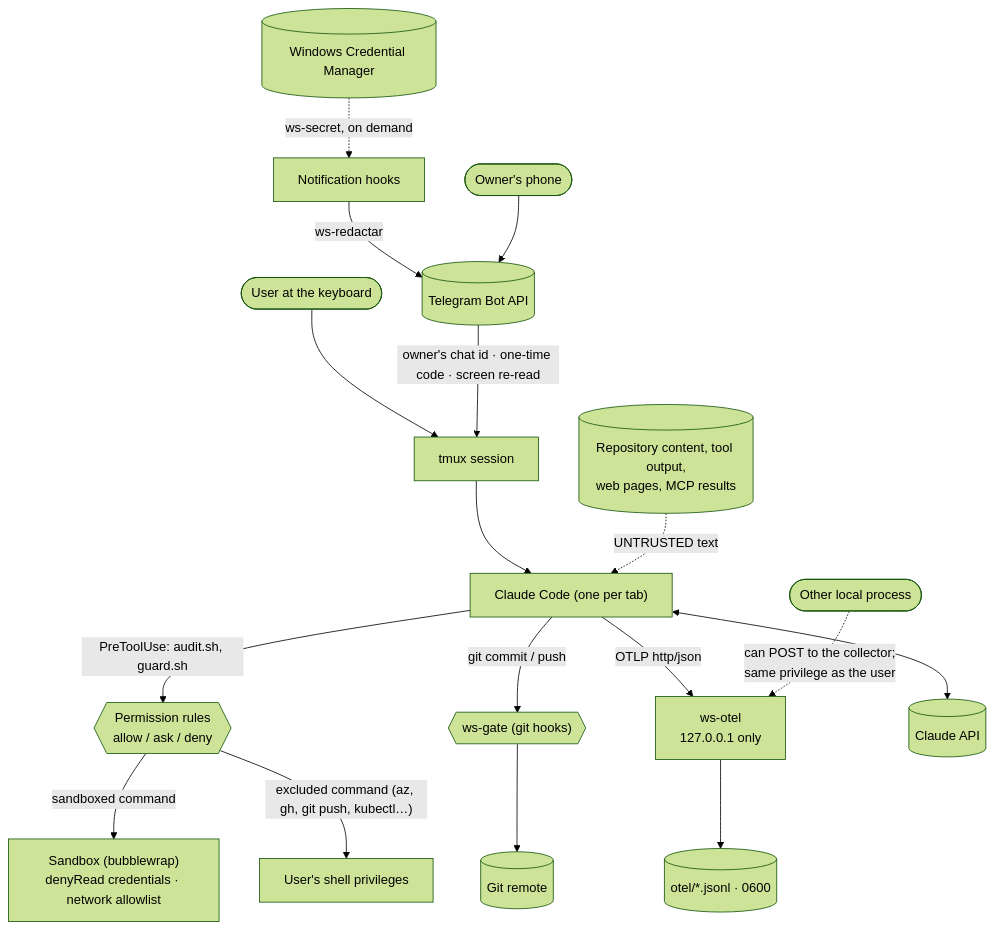
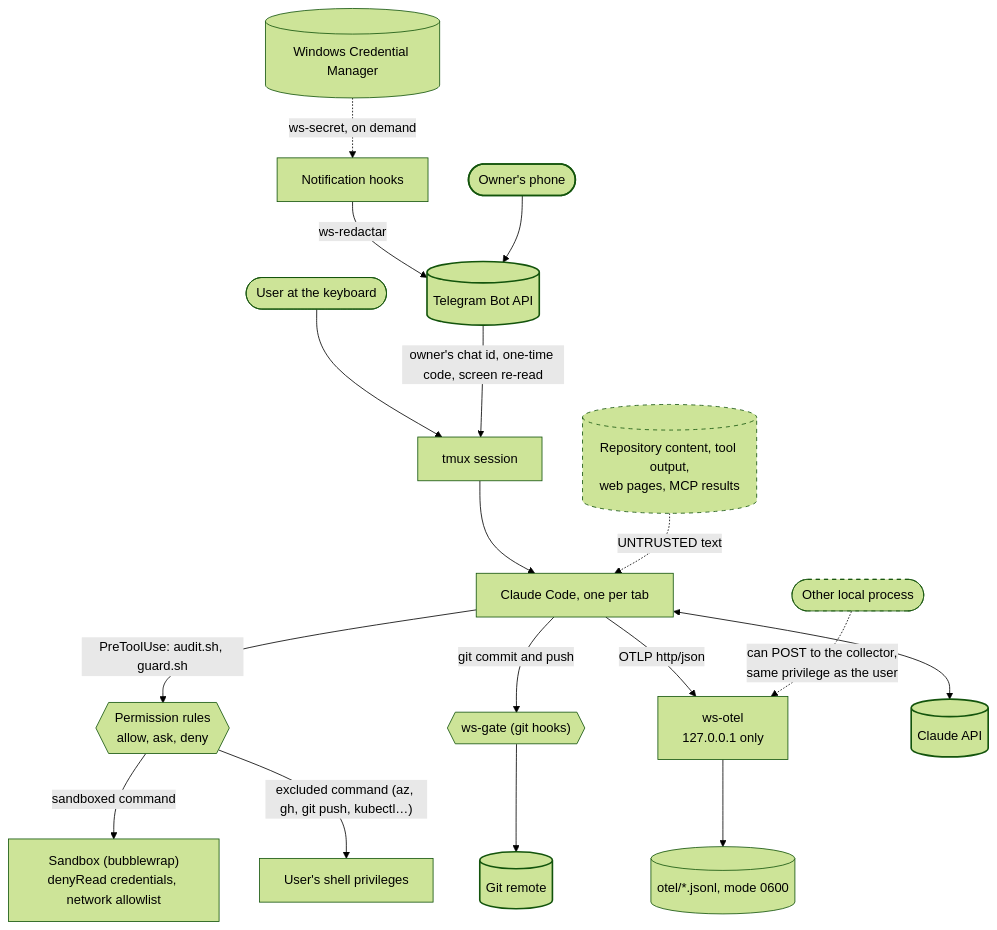
Before and after one commit to andreshma/claude-workstation: the diagram in docs/THREAT_MODEL.md, drawn with Mermaid (forest theme). The commit also changed other lines of this file and 23 other files, not shown here.

````diff
--- a/docs/THREAT_MODEL.md
+++ b/docs/THREAT_MODEL.md
@@ -44,17 +37,22 @@
 ```mermaid
-flowchart TD
-  user([User at the keyboard]) --> tmux[tmux session]
-  tmux --> claude["Claude Code (one per tab)"]
-  repo[(Repository content, tool output,<br/>web pages, MCP results)] -. "UNTRUSTED text" .-> claude
-  claude -- "PreToolUse: audit.sh, guard.sh" --> rules{{"Permission rules<br/>allow / ask / deny"}}
-  rules -- "sandboxed command" --> sbx["Sandbox (bubblewrap)<br/>denyRead credentials · network allowlist"]
-  rules -- "excluded command (az, gh, git push, kubectl…)" --> host[User's shell privileges]
-  claude -- "git commit / push" --> gate{{"ws-gate (git hooks)"}} --> remote[(Git remote)]
-  claude -- "OTLP http/json" --> otel["ws-otel<br/>127.0.0.1 only"] --> disk[("otel/*.jsonl · 0600")]
-  claude <--> api[(Claude API)]
-  hooks[Notification hooks] -- "ws-redactar" --> tg[(Telegram Bot API)]
-  phone([Owner's phone]) --> tg
-  tg -- "owner's chat id · one-time code · screen re-read" --> tmux
-  cred[(Windows Credential Manager)] -. "ws-secret, on demand" .-> hooks
-  other([Other local process]) -. "can POST to the collector;<br/>same privilege as the user" .-> otel
+flowchart TB
+  user(["User at the keyboard"]) --> tmux["tmux session"]
+  tmux --> claude["Claude Code, one per tab"]
+  repo[("Repository content, tool output,<br/>web pages, MCP results")] -. "UNTRUSTED text" .-> claude
+  claude -- "PreToolUse: audit.sh, guard.sh" --> rules{{"Permission rules<br/>allow, ask, deny"}}
+  rules -- "sandboxed command" --> sbx["Sandbox (bubblewrap)<br/>denyRead credentials, network allowlist"]
+  rules -- "excluded command (az, gh, git push, kubectl…)" --> host["User's shell privileges"]
+  claude -- "git commit and push" --> gate{{"ws-gate (git hooks)"}} --> remote[("Git remote")]
+  claude -- "OTLP http/json" --> otel["ws-otel<br/>127.0.0.1 only"] --> disk[("otel/*.jsonl, mode 0600")]
+  claude <--> api[("Claude API")]
+  hooks["Notification hooks"] -- "ws-redactar" --> tg[("Telegram Bot API")]
+  phone(["Owner's phone"]) --> tg
+  tg -- "owner's chat id, one-time code, screen re-read" --> tmux
+  cred[("Windows Credential Manager")] -. "ws-secret, on demand" .-> hooks
+  other(["Other local process"]) -. "can POST to the collector,<br/>same privilege as the user" .-> otel
+
+  classDef untrusted stroke-dasharray: 5 5
+  classDef external stroke-width: 2px
+  class repo,other untrusted
+  class api,remote,tg,phone external
 ```
````
